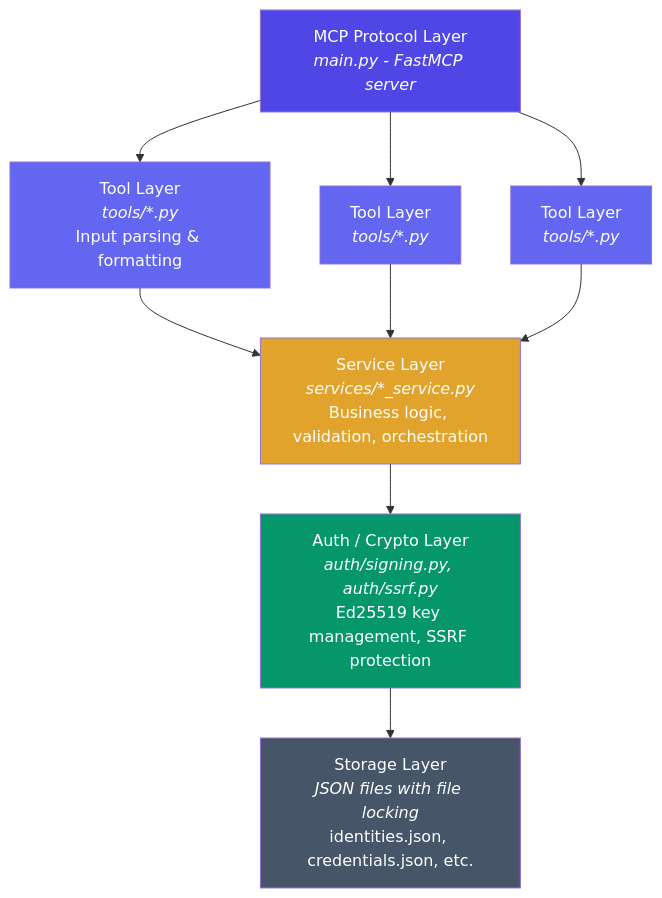
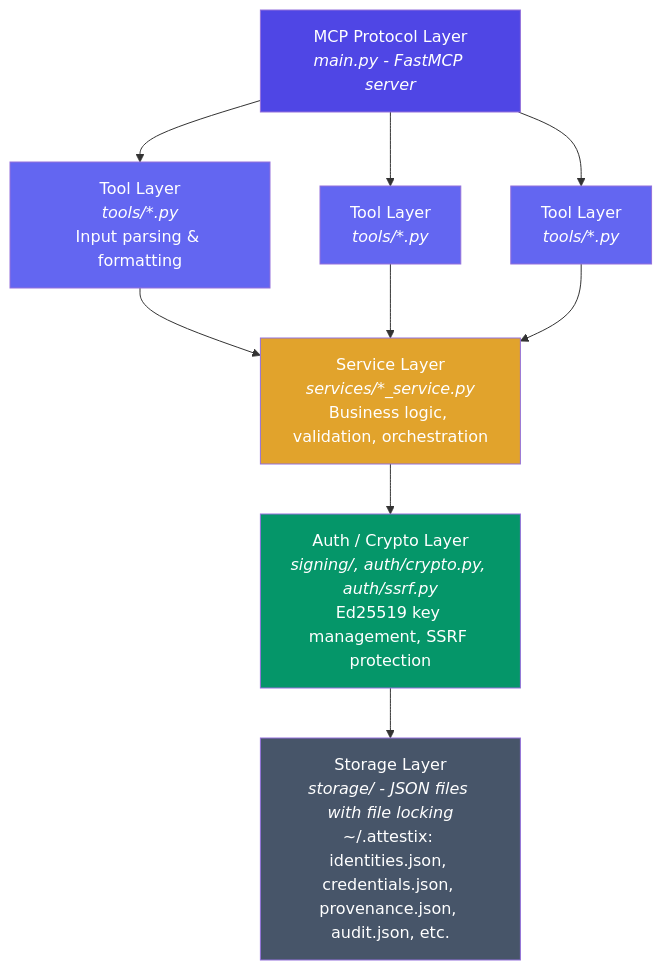
One commit to VibeTensor/attestix changed the first of 4 diagrams in website/content/docs/guides/architecture.mdx. Above: the diagram before and after it, drawn with Mermaid. The commit also changed other lines of this file and 49 other files, not shown here.

````diff
--- a/website/content/docs/guides/architecture.mdx
+++ b/website/content/docs/guides/architecture.mdx
@@ -63,24 +75,24 @@
 ```mermaid
 graph TD
     A["MCP Protocol Layer<br/><i>main.py - FastMCP server</i>"] --> B
     A --> C
     A --> D
 
     B["Tool Layer<br/><i>tools/*.py</i><br/>Input parsing & formatting"] --> E
     C["Tool Layer<br/><i>tools/*.py</i>"] --> E
     D["Tool Layer<br/><i>tools/*.py</i>"] --> E
 
     E["Service Layer<br/><i>services/*_service.py</i><br/>Business logic, validation, orchestration"] --> F
 
-    F["Auth / Crypto Layer<br/><i>auth/signing.py, auth/ssrf.py</i><br/>Ed25519 key management, SSRF protection"] --> G
+    F["Auth / Crypto Layer<br/><i>signing/, auth/crypto.py, auth/ssrf.py</i><br/>Ed25519 key management, SSRF protection"] --> G
 
-    G["Storage Layer<br/><i>JSON files with file locking</i><br/>identities.json, credentials.json, etc."]
+    G["Storage Layer<br/><i>storage/ - JSON files with file locking</i><br/>~/.attestix: identities.json, credentials.json, provenance.json, audit.json, etc."]
 
     style A fill:#4f46e5,color:#fff
     style B fill:#6366f1,color:#fff
     style C fill:#6366f1,color:#fff
     style D fill:#6366f1,color:#fff
     style E fill:#e1a32c,color:#fff
     style F fill:#059669,color:#fff
     style G fill:#475569,color:#fff
 ```
````
